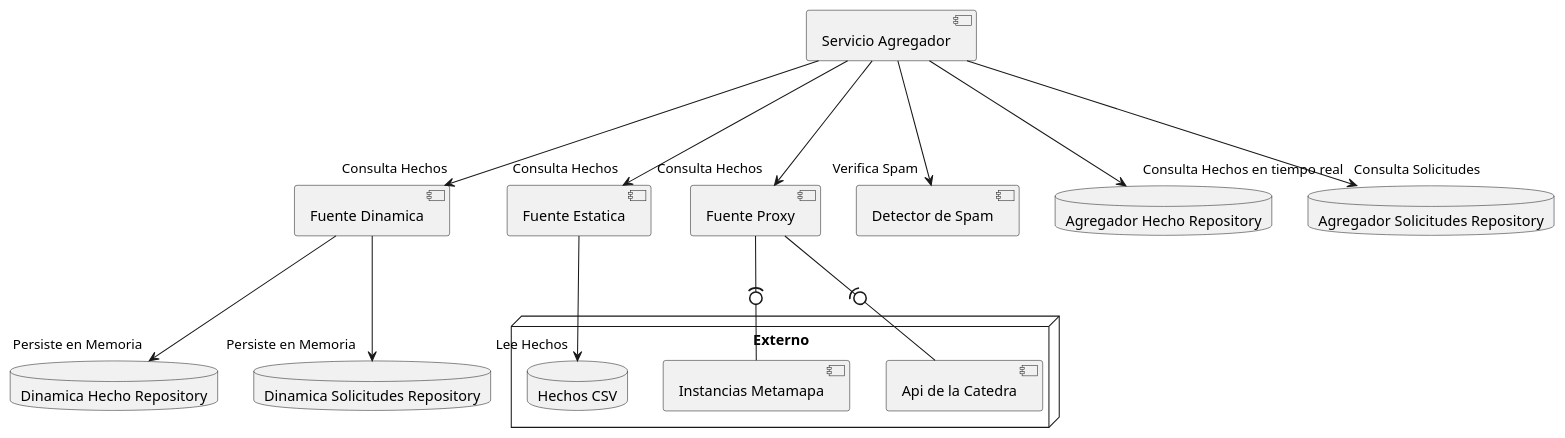
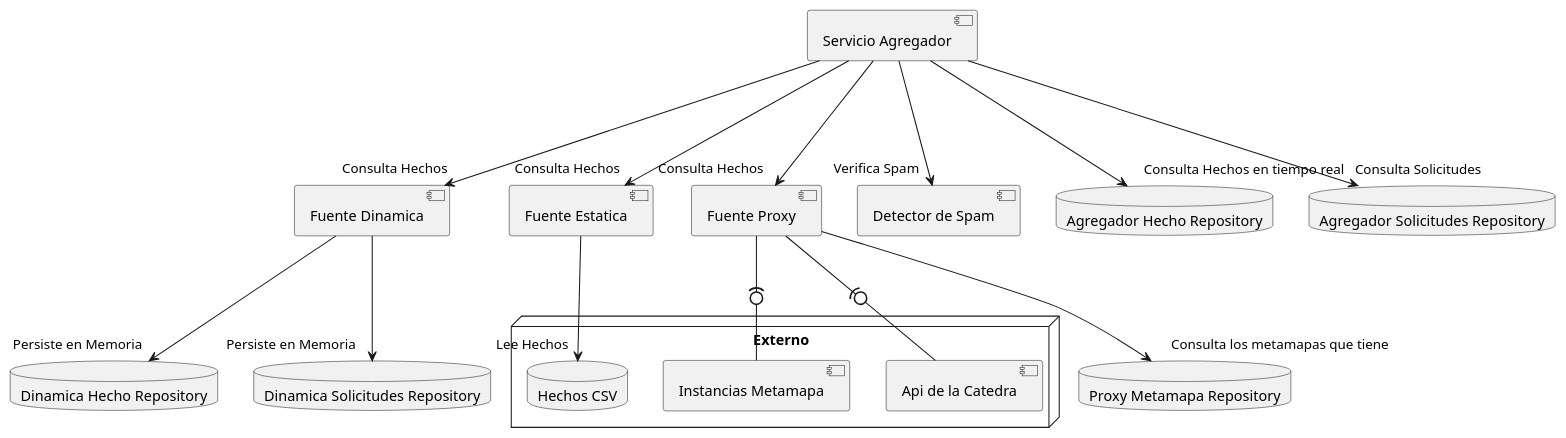
The diagram in Diagrama de Arquitectura.puml (OslothLAS/ProyectoDeploy), drawn with PlantUML before and after one commit.

Commit message:
Update Diagrama de Arquitectura.puml

```diff
--- a/Diagrama de Arquitectura.puml
+++ b/Diagrama de Arquitectura.puml
@@ -1,33 +1,34 @@
 @startuml
 [Fuente Dinamica]
 [Fuente Estatica]
 [Servicio Agregador]
 [Fuente Proxy]
 [Detector de Spam]
 
 
 
 database "Agregador Hecho Repository"
 database "Agregador Solicitudes Repository"
 database "Dinamica Hecho Repository"
 database "Dinamica Solicitudes Repository"
-
+database "Proxy Metamapa Repository"
 
 node "Externo" {
   [Instancias Metamapa]
   [Api de la Catedra]
 database "Hechos CSV"
 }
 
 [Servicio Agregador]--->"Consulta Hechos "[Fuente Dinamica]
 [Servicio Agregador]--->"Consulta Hechos "[Fuente Estatica]
 [Servicio Agregador]--->"Consulta Hechos "[Fuente Proxy]
 [Servicio Agregador] --->"Verifica Spam"[Detector de Spam]
 [Servicio Agregador] --->"Consulta Solicitudes"[Agregador Solicitudes Repository]
 [Servicio Agregador] --->"Consulta Hechos en tiempo real"[Agregador Hecho Repository]
+[Fuente Proxy] --->"Consulta los metamapas que tiene"[Proxy Metamapa Repository]
 [Fuente Dinamica]--->"Persiste en Memoria"[Dinamica Hecho Repository]
 [Fuente Dinamica] --->"Persiste en Memoria"[Dinamica Solicitudes Repository]
 [Fuente Estatica] ---> "Lee Hechos"[Hechos CSV]
 [Fuente Proxy] --(0- [Api de la Catedra]
 [Fuente Proxy] --(0- [Instancias Metamapa]
 @enduml
```
